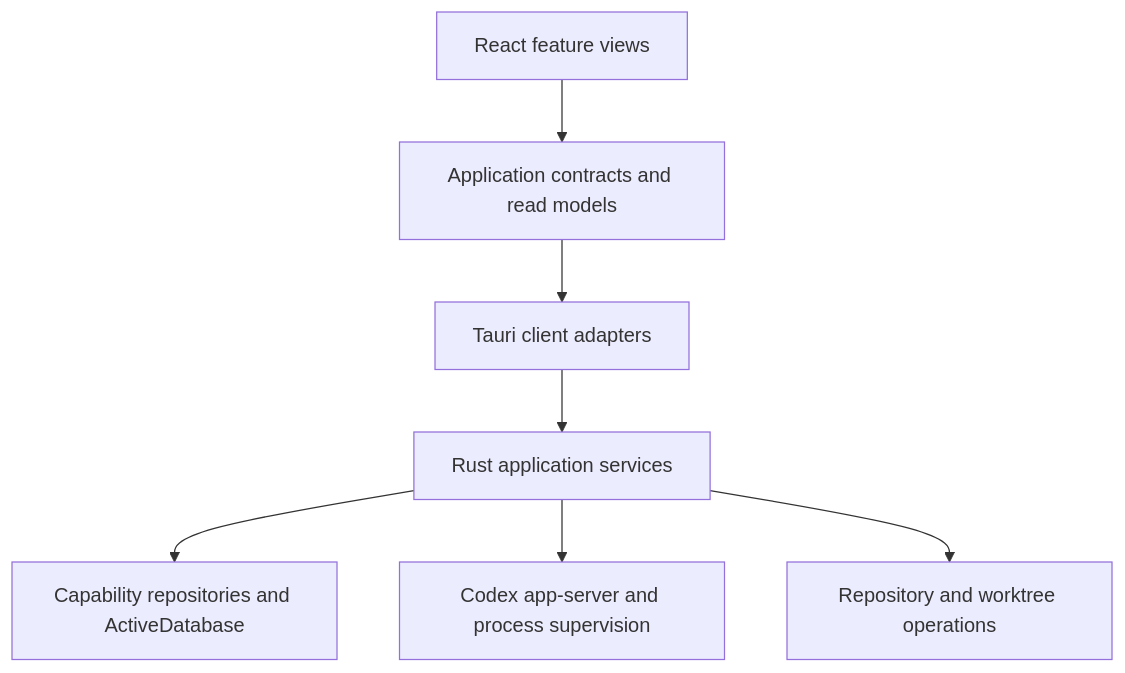
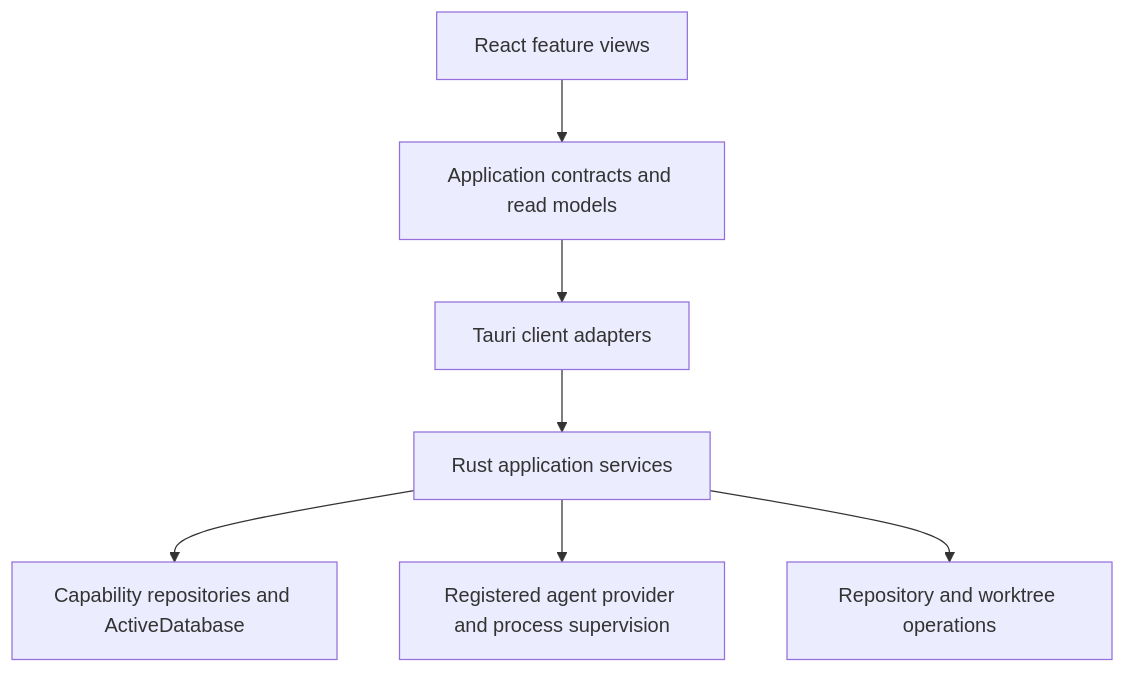
Before and after one commit to andreas-kielsgaard/CodexOrchestrator: the diagram in docs/architecture.md, drawn with Mermaid. The commit also changed other lines of this file and 149 other files, not shown here.

First line of the commit message:
Establish agent provider boundary for Codex

````diff
--- a/docs/architecture.md
+++ b/docs/architecture.md
@@ -9,9 +9,9 @@
 ```mermaid
 flowchart TD
     UI[React feature views] --> Contracts[Application contracts and read models]
     Contracts --> Transport[Tauri client adapters]
     Transport --> Apps[Rust application services]
     Apps --> Persistence[Capability repositories and ActiveDatabase]
-    Apps --> Runtime[Codex app-server and process supervision]
+    Apps --> Runtime[Registered agent provider and process supervision]
     Apps --> Git[Repository and worktree operations]
 ```
````
